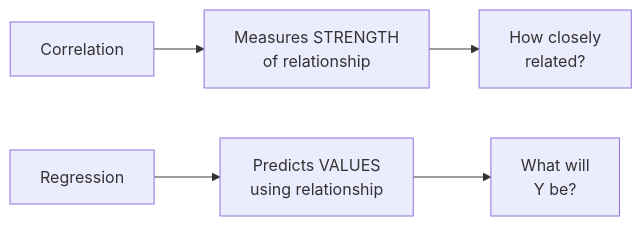
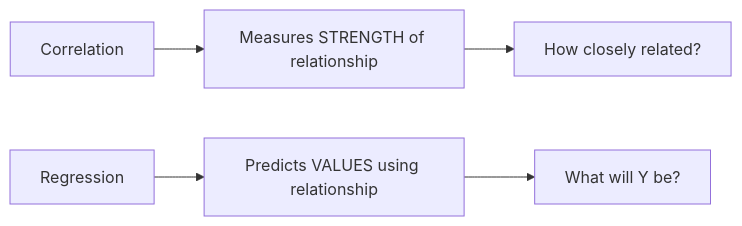
The first of 2 diagrams in docs/research-methods/lecture-07.md (daxxac/mba-notes), drawn with Mermaid before and after one commit. The commit also changed 4 other files, not shown here.

First line of the commit message:
Fix Mermaid diagram parsing errors: replace <br/> with spaces

````diff
--- a/docs/research-methods/lecture-07.md
+++ b/docs/research-methods/lecture-07.md
@@ -31,7 +31,7 @@
 ```mermaid
 graph LR
-    A[Correlation] --> B[Measures STRENGTH<br/>of relationship]
-    C[Regression] --> D[Predicts VALUES<br/>using relationship]
-    B --> E[How closely<br/>related?]
-    D --> F[What will<br/>Y be?]
+    A[Correlation] --> B[Measures STRENGTH of relationship]
+    C[Regression] --> D[Predicts VALUES using relationship]
+    B --> E[How closely related?]
+    D --> F[What will Y be?]
 ```
````
